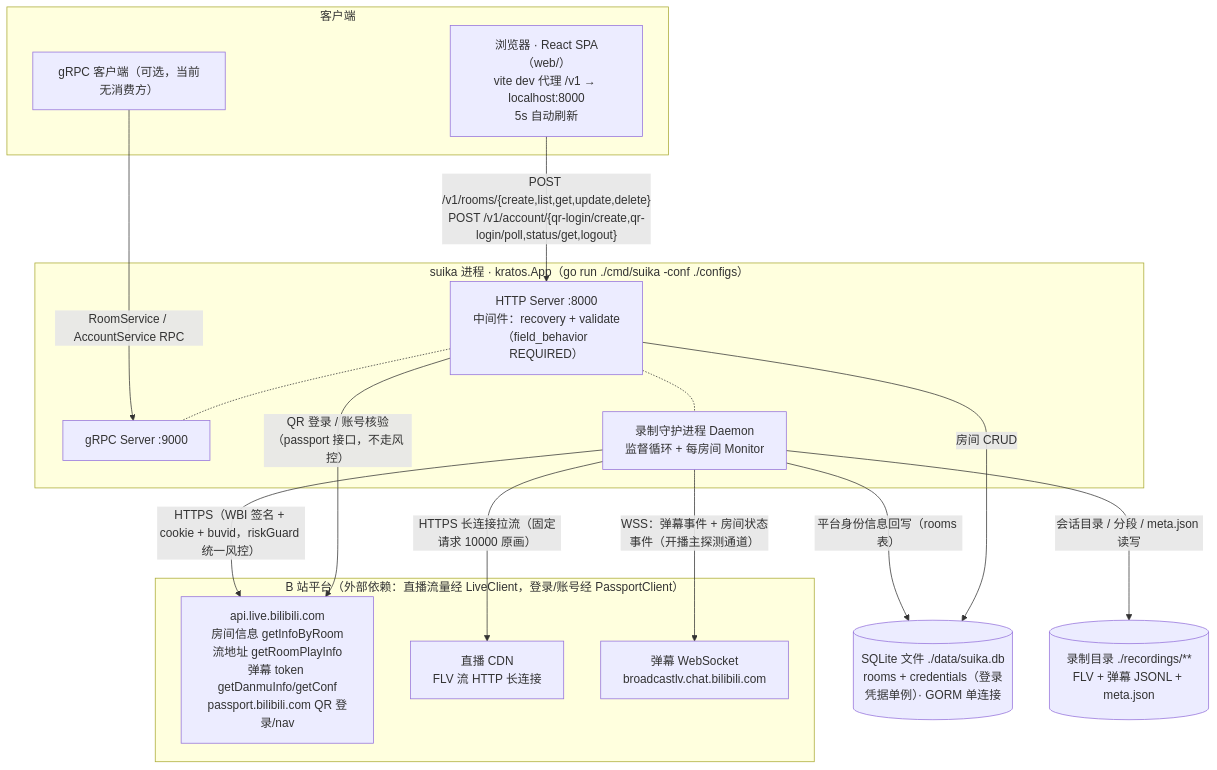
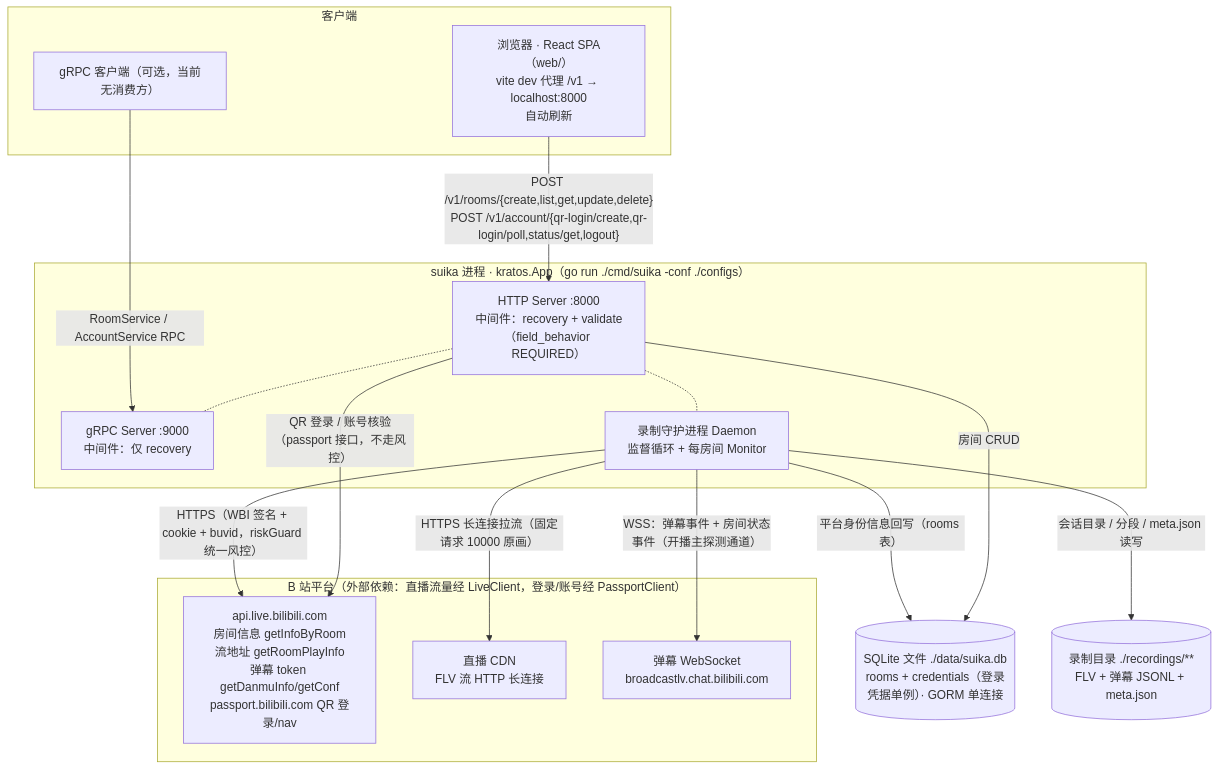
Before and after one commit to xgbt/suika: the first of 10 diagrams in docs/design/architecture-diagrams.md, drawn with Mermaid. The commit also changed other lines of this file and 4 other files, not shown here.

````diff
--- a/docs/design/architecture-diagrams.md
+++ b/docs/design/architecture-diagrams.md
@@ -23,34 +23,34 @@
 ```mermaid
 flowchart TB
     subgraph CLIENT["客户端"]
-        WEB["浏览器 · React SPA（web/）<br/>vite dev 代理 /v1 → localhost:8000<br/>5s 自动刷新"]
+        WEB["浏览器 · React SPA（web/）<br/>vite dev 代理 /v1 → localhost:8000<br/>自动刷新"]
         GRPCCLI["gRPC 客户端（可选，当前无消费方）"]
     end
 
     subgraph SUIKA["suika 进程 · kratos.App（go run ./cmd/suika -conf ./configs）"]
         HS["HTTP Server :8000<br/>中间件：recovery + validate（field_behavior REQUIRED）"]
-        GS["gRPC Server :9000"]
+        GS["gRPC Server :9000<br/>中间件：仅 recovery"]
         DM["录制守护进程 Daemon<br/>监督循环 + 每房间 Monitor"]
         HS -.- GS
         HS -.- DM
     end
 
     DB[("SQLite 文件 ./data/suika.db<br/>rooms + credentials（登录凭据单例）· GORM 单连接")]
     REC[("录制目录 ./recordings/**<br/>FLV + 弹幕 JSONL + meta.json")]
 
     subgraph BILI["B 站平台（外部依赖：直播流量经 LiveClient，登录/账号经 PassportClient）"]
         API["api.live.bilibili.com<br/>房间信息 getInfoByRoom<br/>流地址 getRoomPlayInfo<br/>弹幕 token getDanmuInfo/getConf<br/>passport.bilibili.com QR 登录/nav"]
         CDN["直播 CDN<br/>FLV 流 HTTP 长连接"]
         DMWS["弹幕 WebSocket<br/>broadcastlv.chat.bilibili.com"]
     end
 
     WEB -- "POST /v1/rooms/{create,list,get,update,delete}<br/>POST /v1/account/{qr-login/create,qr-login/poll,status/get,logout}" --> HS
     GRPCCLI -- "RoomService / AccountService RPC" --> GS
     HS -- "房间 CRUD" --> DB
     HS -- "QR 登录 / 账号核验（passport 接口，不走风控）" --> API
     DM -- "平台身份信息回写（rooms 表）" --> DB
     DM -- "会话目录 / 分段 / meta.json 读写" --> REC
     DM -- "HTTPS（WBI 签名 + cookie + buvid，riskGuard 统一风控）" --> API
     DM -- "HTTPS 长连接拉流（固定请求 10000 原画）" --> CDN
     DM -- "WSS：弹幕事件 + 房间状态事件（开播主探测通道）" --> DMWS
 ```
````
